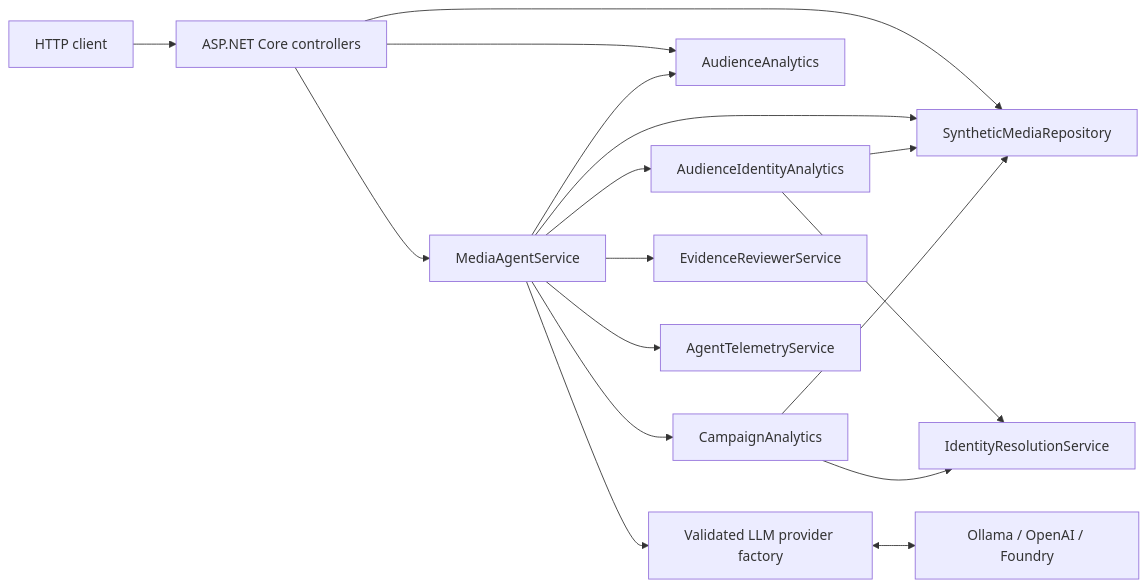
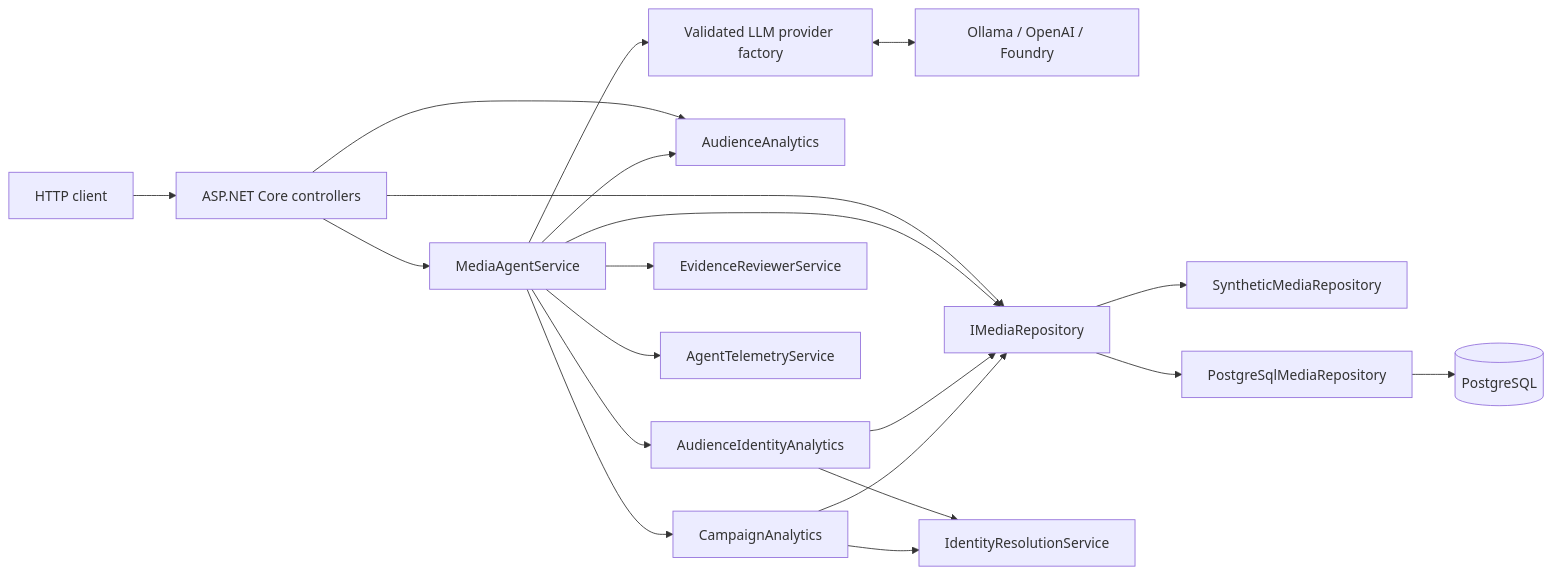
One commit to thaeri/Media-Intelligence-Agent changed the first of 2 diagrams in docs/architecture.md. Above: the diagram before and after it, drawn with Mermaid. The commit also changed other lines of this file and 17 other files, not shown here.

Commit message:
feat(storage): add PostgreSQL persistence

````diff
--- a/docs/architecture.md
+++ b/docs/architecture.md
@@ -10,32 +10,38 @@
 ```mermaid
 flowchart LR
     Client[HTTP client]
     API[ASP.NET Core controllers]
     Agent[MediaAgentService]
     Factory[Validated LLM provider factory]
     LLM[Ollama / OpenAI / Foundry]
-    Repo[SyntheticMediaRepository]
+    Repo[IMediaRepository]
+    Memory[SyntheticMediaRepository]
+    PgRepo[PostgreSqlMediaRepository]
+    Db[(PostgreSQL)]
     Content[AudienceAnalytics]
     Identity[IdentityResolutionService]
     Reach[AudienceIdentityAnalytics]
     Campaign[CampaignAnalytics]
     Evidence[EvidenceReviewerService]
     Telemetry[AgentTelemetryService]
 
     Client --> API
     API --> Agent
     API --> Content
     API --> Repo
+    Repo --> Memory
+    Repo --> PgRepo
+    PgRepo --> Db
     Agent --> Factory
     Factory <--> LLM
     Agent --> Repo
     Agent --> Content
     Agent --> Reach
     Agent --> Campaign
     Reach --> Identity
     Reach --> Repo
     Campaign --> Identity
     Campaign --> Repo
     Agent --> Evidence
     Agent --> Telemetry
 ```
````
